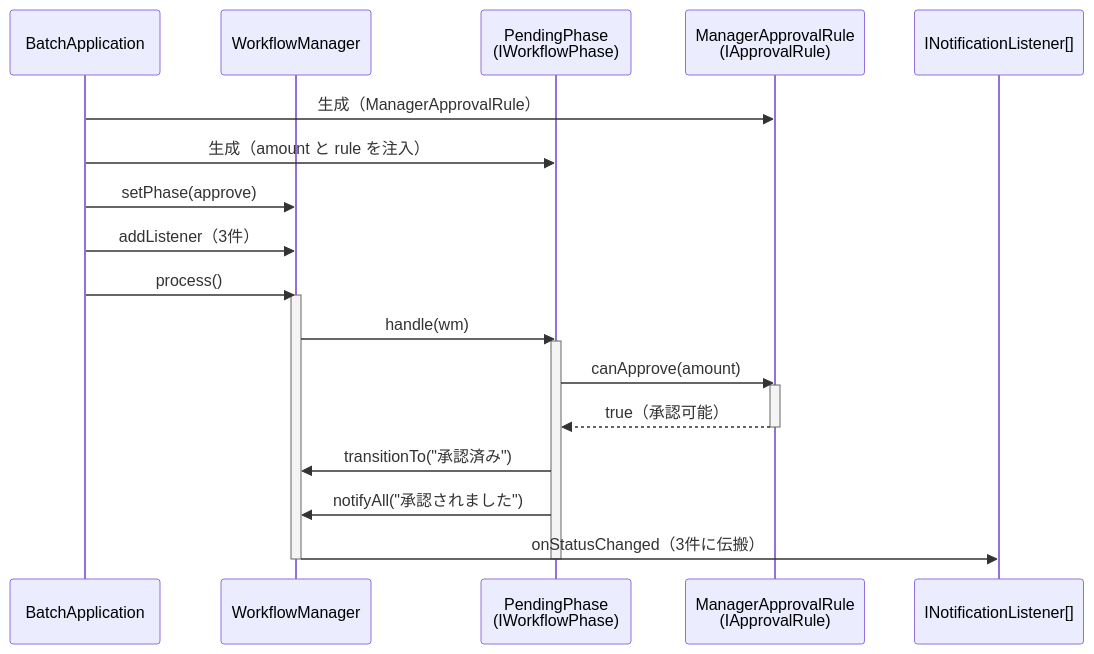
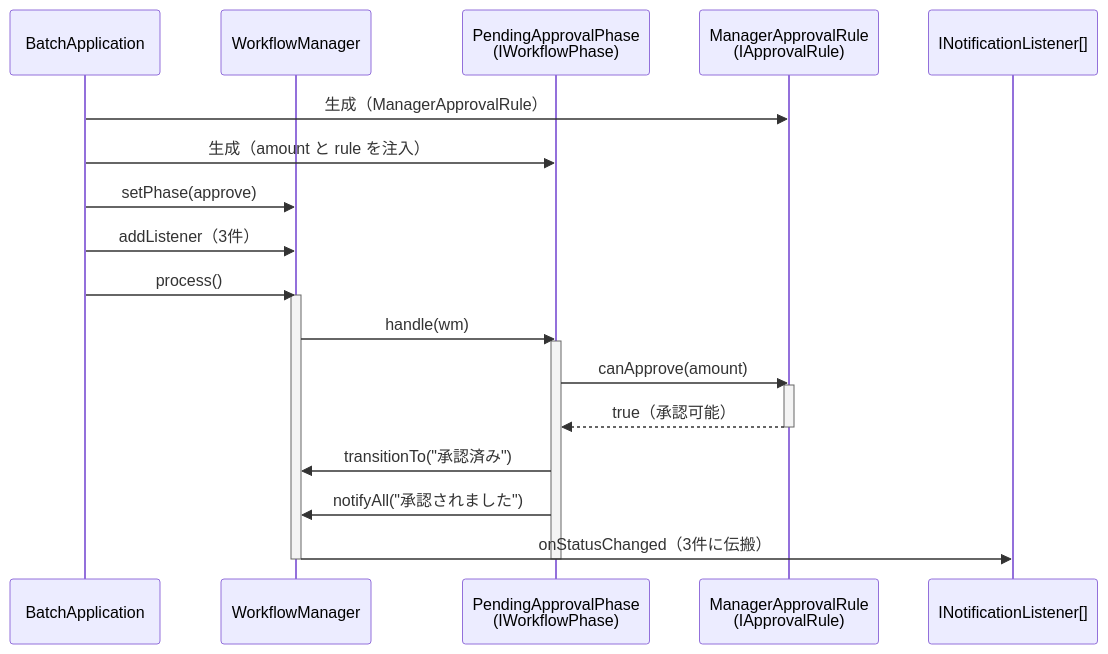
Before and after one commit to kumachan1101-pixel/DesignPattern: the fifth of 8 diagrams in kindle/design-patterns/output/chapter12.md, drawn with Mermaid. The commit also changed other lines of this file and 1 other file, not shown here.

Commit message:
docs: align workflow phase names and responsibilities

````diff
--- a/kindle/design-patterns/output/chapter12.md
+++ b/kindle/design-patterns/output/chapter12.md
@@ -1045,26 +1047,26 @@
 ```mermaid
 sequenceDiagram
     participant B as BatchApplication
     participant WM as WorkflowManager
-    participant P as PendingPhase<br/>(IWorkflowPhase)
+    participant P as PendingApprovalPhase<br/>(IWorkflowPhase)
     participant R as ManagerApprovalRule<br/>(IApprovalRule)
     participant L as INotificationListener[]
 
     B->>R: 生成（ManagerApprovalRule）
     B->>P: 生成（amount と rule を注入）
     B->>WM: setPhase(approve)
     B->>WM: addListener（3件）
     B->>WM: process()
     activate WM
     WM->>P: handle(wm)
     activate P
     P->>R: canApprove(amount)
     activate R
     R-->>P: true（承認可能）
     deactivate R
     P->>WM: transitionTo("承認済み")
     P->>WM: notifyAll("承認されました")
     WM->>L: onStatusChanged（3件に伝搬）
     deactivate P
     deactivate WM
 ```
````
